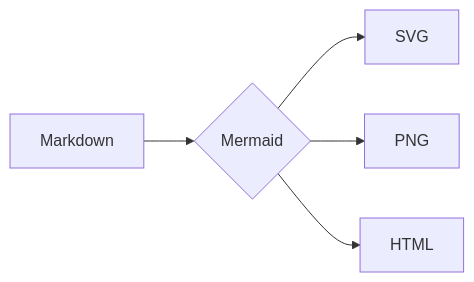
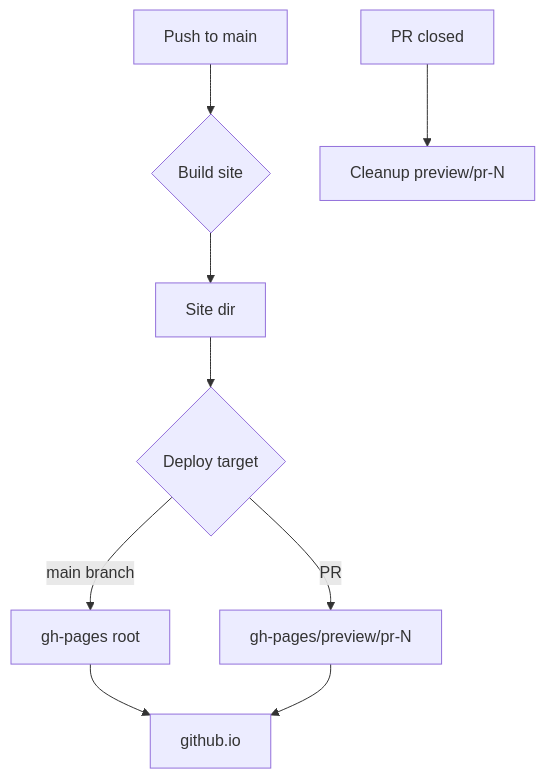
One commit to mibracy/gh-mkpage changed the first of 7 diagrams in docs/skills/mermaid-diagrams-demo.md. Above: the diagram before and after it, drawn with Mermaid. The commit also changed other lines of this file and 2 other files, not shown here.

Commit message:
Add complex mermaid examples + zoom/pan JS

````diff
--- a/docs/skills/mermaid-diagrams-demo.md
+++ b/docs/skills/mermaid-diagrams-demo.md
@@ -9,7 +9,11 @@
 ```mermaid
-flowchart LR
-  A[Markdown] --> B{Mermaid}
-  B --> C[SVG]
-  B --> D[PNG]
-  B --> E[HTML]
+flowchart TD
+  A[Push to main] --> B{Build site}
+  B --> C[Site dir]
+  C --> D{Deploy target}
+  D -->|main branch| E[gh-pages root]
+  D -->|PR| F[gh-pages/preview/pr-N]
+  E --> G[github.io]
+  F --> G
+  H[PR closed] --> I[Cleanup preview/pr-N]
 ```
````
